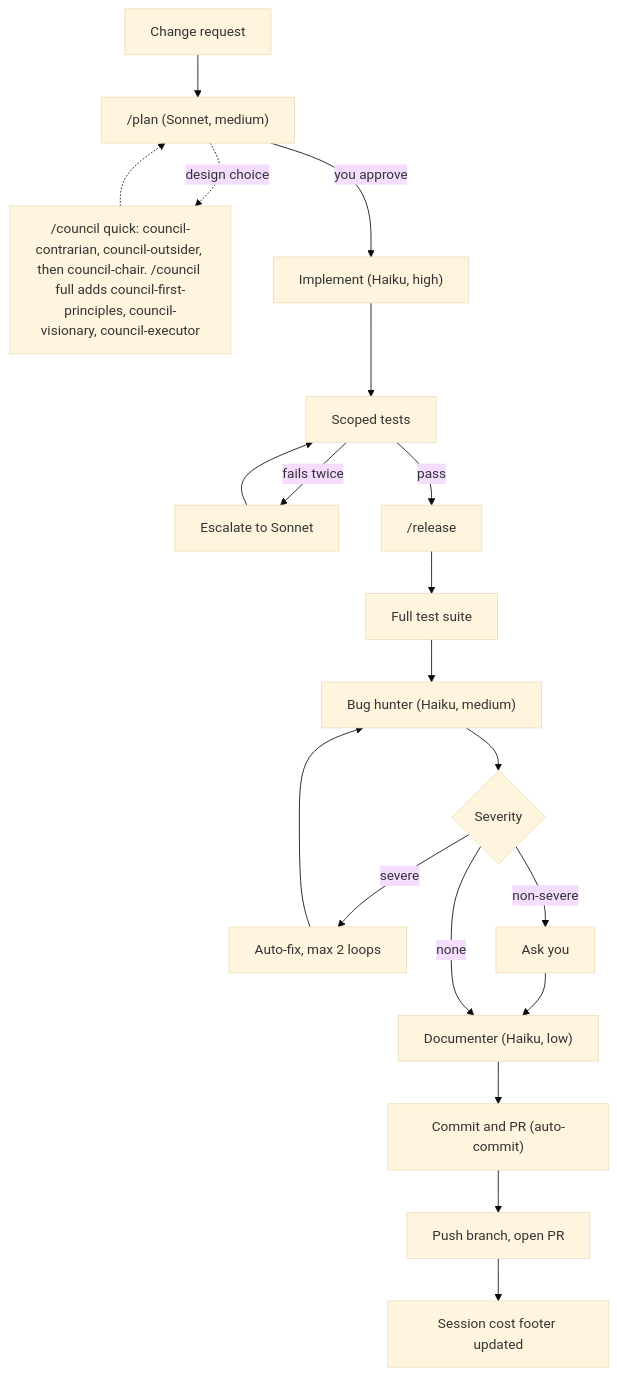
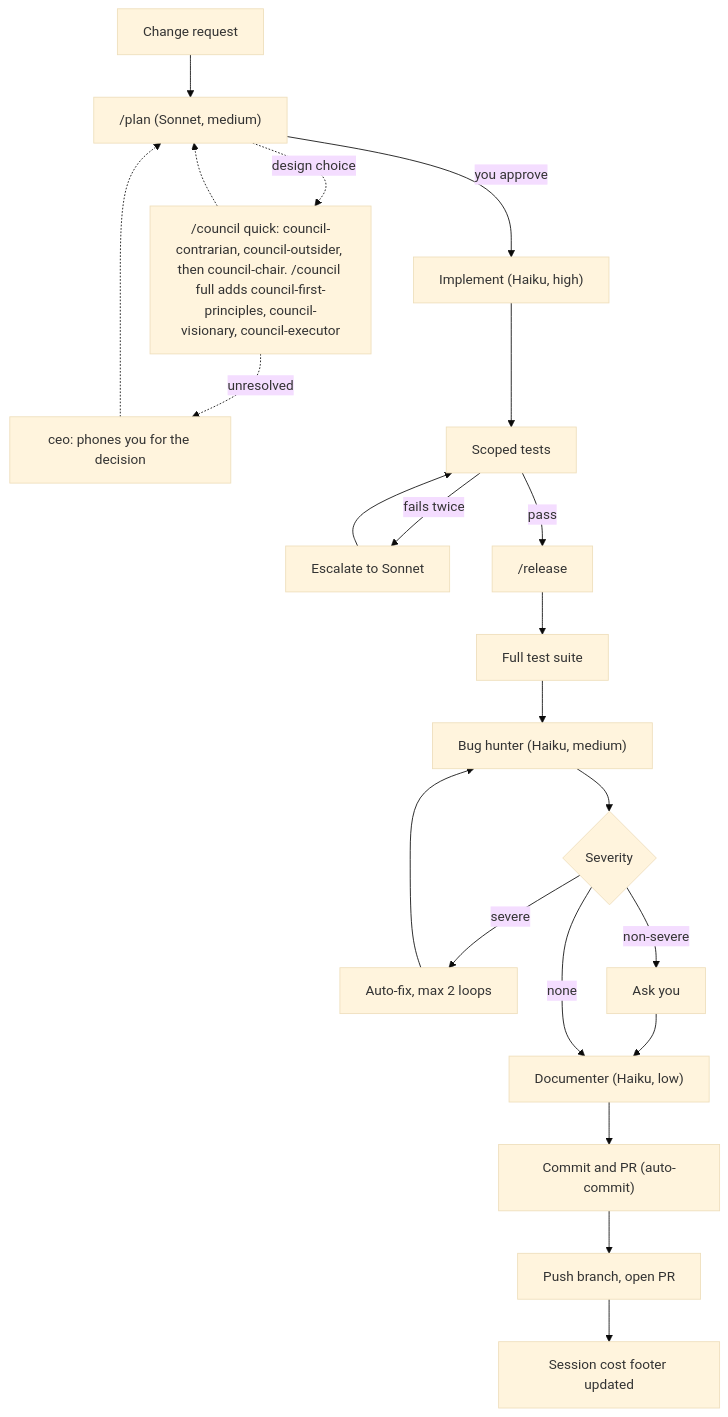
One commit to destaben/dotclaude changed the diagram in README.md. Above: the diagram before and after it, drawn with Mermaid (base theme). The commit also changed other lines of this file and 8 other files, not shown here.

First line of the commit message:
feat(ceo): add a CEO agent that phones the user for decisions the council cannot resolve

````diff
--- a/README.md
+++ b/README.md
@@ -95,22 +96,24 @@
 ```mermaid
 flowchart TD
     A[Change request] --> B["/plan (Sonnet, medium)"]
     B -.->|design choice| Q["/council quick: council-contrarian, council-outsider, then council-chair. /council full adds council-first-principles, council-visionary, council-executor"]
     Q -.-> B
+    Q -.->|unresolved| U["ceo: phones you for the decision"]
+    U -.-> B
     B -->|you approve| C["Implement (Haiku, high)"]
     C --> D[Scoped tests]
     D -->|fails twice| E[Escalate to Sonnet]
     E --> D
     D -->|pass| F["/release"]
     F --> G[Full test suite]
     G --> H["Bug hunter (Haiku, medium)"]
     H --> I{Severity}
     I -->|severe| J[Auto-fix, max 2 loops]
     J --> H
     I -->|non-severe| K[Ask you]
     K --> M
     I -->|none| M["Documenter (Haiku, low)"]
     M --> N["Commit and PR (auto-commit)"]
     N --> O[Push branch, open PR]
     O --> P[Session cost footer updated]
 ```
````
